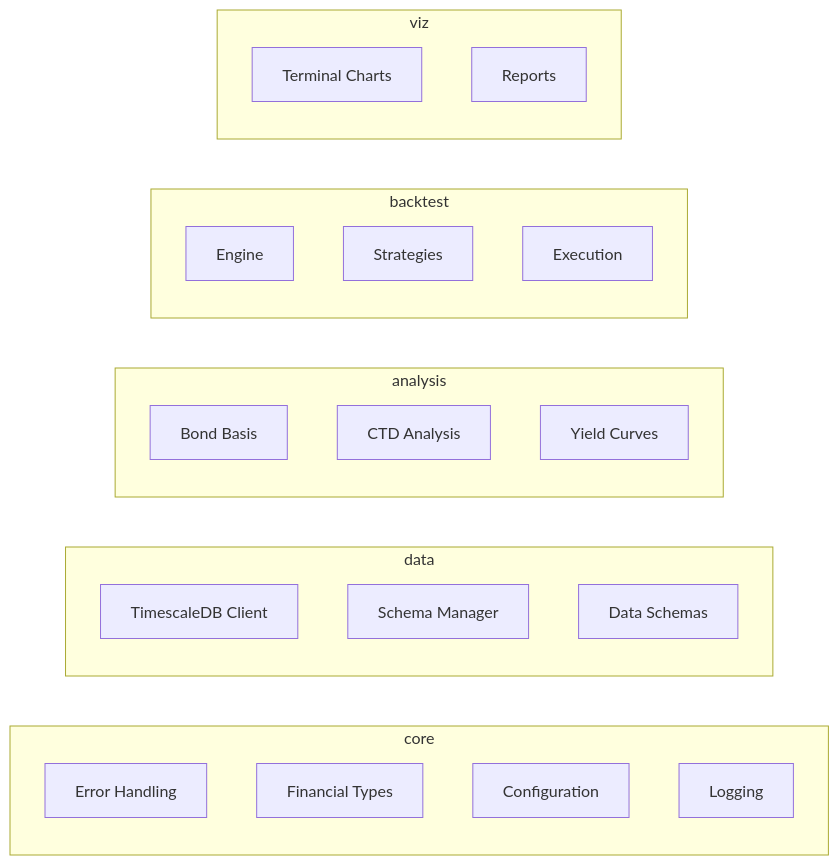
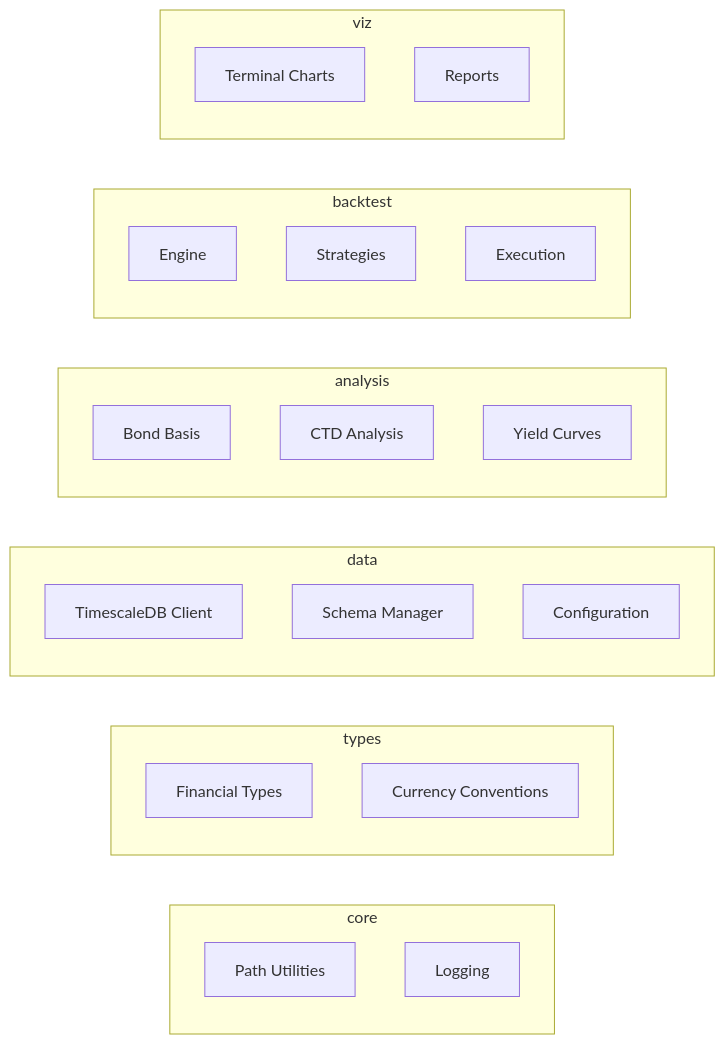
The second of 4 diagrams in docs/diagrams/module-overview.md (jlipworth/fin-kit), drawn with Mermaid before and after one commit. The commit also changed other lines of this file and 31 other files, not shown here.

````diff
--- a/docs/diagrams/module-overview.md
+++ b/docs/diagrams/module-overview.md
@@ -44,32 +61,35 @@
 ```mermaid
 graph LR
     subgraph core["core"]
-        C1[Error Handling]
-        C2[Financial Types]
-        C3[Configuration]
-        C4[Logging]
+        C1[Path Utilities]
+        C2[Logging]
+    end
+
+    subgraph types["types"]
+        T1[Financial Types]
+        T2[Currency Conventions]
     end
 
     subgraph data["data"]
         D1[TimescaleDB Client]
         D2[Schema Manager]
-        D3[Data Schemas]
+        D3[Configuration]
     end
 
     subgraph analysis["analysis"]
         A1[Bond Basis]
         A2[CTD Analysis]
         A3[Yield Curves]
     end
 
     subgraph backtest["backtest"]
         B1[Engine]
         B2[Strategies]
         B3[Execution]
     end
 
     subgraph viz["viz"]
         V1[Terminal Charts]
         V2[Reports]
     end
 ```
````
